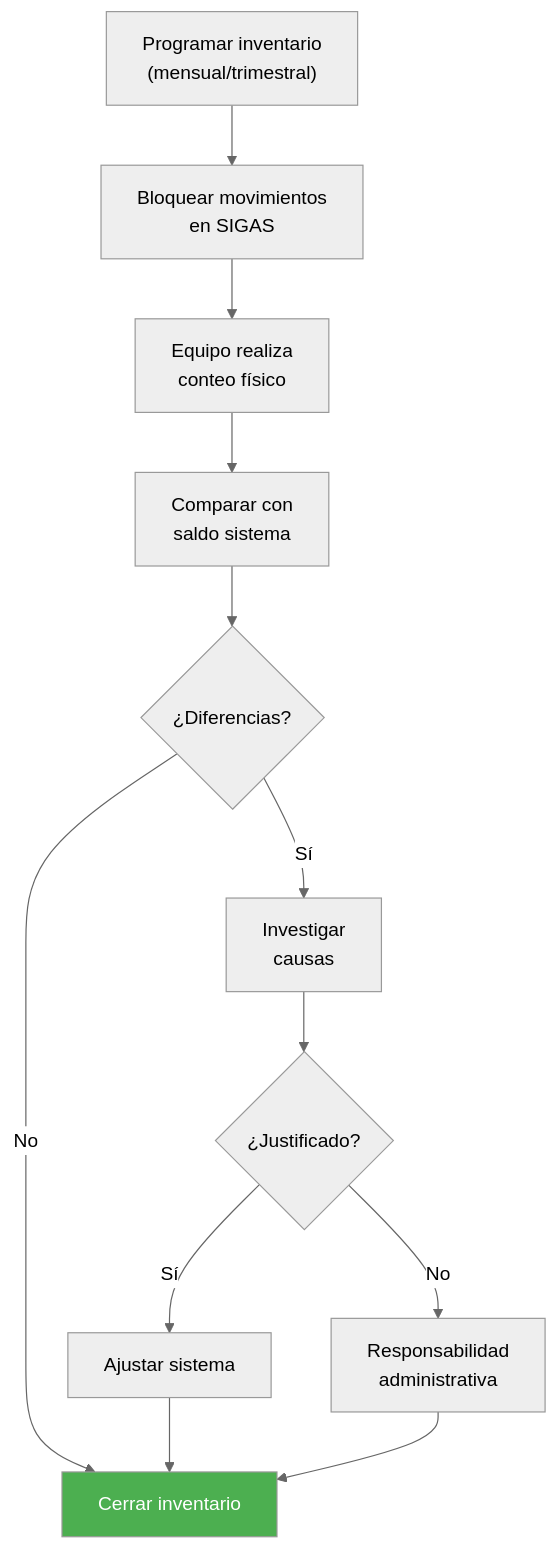
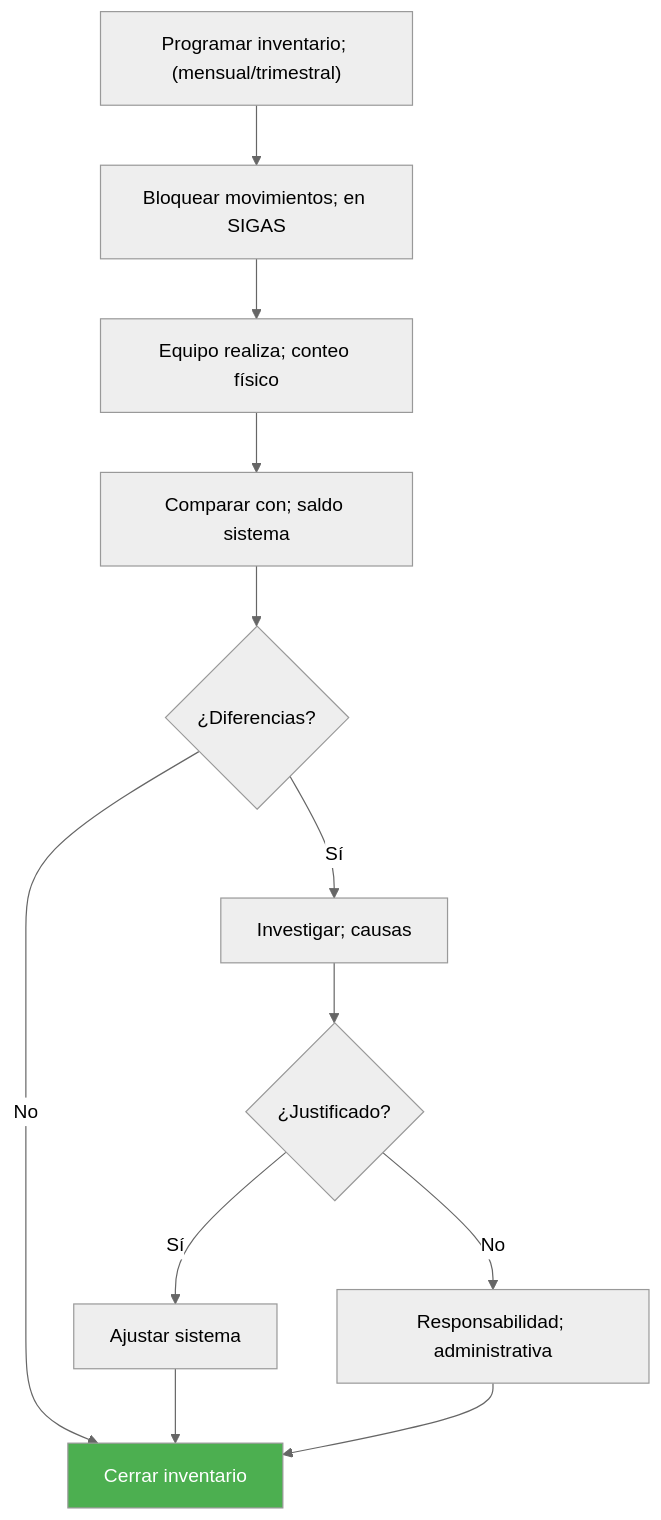
The fifth of 12 diagrams in drafts/gn/bpmn/bpmn-d05-inventarios-activo-fijo.md (felix-antonio-sl/kora), drawn with Mermaid (neutral theme) before and after one commit. The commit also changed other lines of this file and 265 other files, not shown here.

````diff
--- a/drafts/gn/bpmn/bpmn-d05-inventarios-activo-fijo.md
+++ b/drafts/gn/bpmn/bpmn-d05-inventarios-activo-fijo.md
@@ -139,15 +148,16 @@
 ```mermaid
 flowchart TD
-    A["Programar inventario<br/>(mensual/trimestral)"] --> B["Bloquear movimientos<br/>en SIGAS"]
-    B --> C["Equipo realiza<br/>conteo físico"]
-    C --> D["Comparar con<br/>saldo sistema"]
-    D --> E{"¿Diferencias?"}
-    E -->|"Sí"| F["Investigar<br/>causas"]
-    E -->|"No"| G["Cerrar inventario"]
-    F --> H{"¿Justificado?"}
-    H -->|"Sí"| I["Ajustar sistema"]
-    H -->|"No"| J["Responsabilidad<br/>administrativa"]
-    I --> G
-    J --> G
-    style G fill:#4CAF50,color:#fff
+ A["Programar inventario; (mensual/trimestral)"] --> B["Bloquear movimientos; en SIGAS"]
+ B --> C["Equipo realiza; conteo físico"]
+ C --> D["Comparar con; saldo sistema"]
+ D --> E{"¿Diferencias?"}
+ E -->|"Sí"| F["Investigar; causas"]
+ E -->|"No"| G["Cerrar inventario"]
+ F --> H{"¿Justificado?"}
+ H -->|"Sí"| I["Ajustar sistema"]
+ H -->|"No"| J["Responsabilidad; administrativa"]
+ I --> G
+ J --> G
+
+ style G fill:#4CAF50,color:#fff
 ```
````
